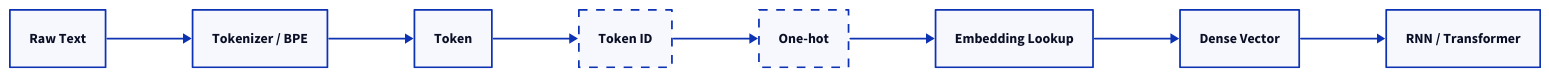
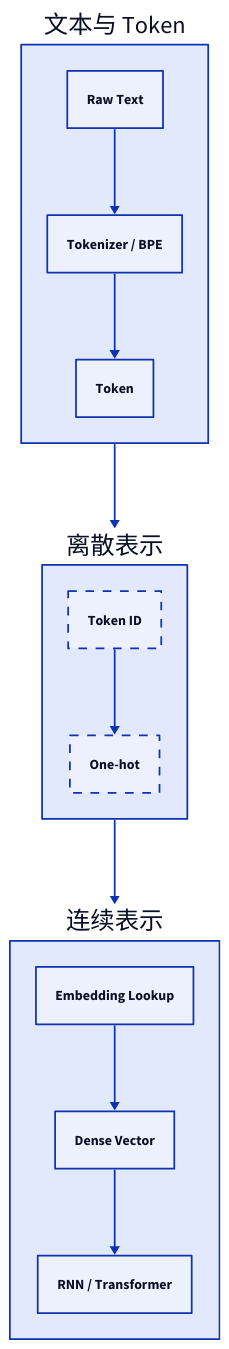
One commit to 111qqz/111qqz.github.io changed the diagram in images/bpe-to-embedding/text-to-vector-flow.d2. Above: the diagram before and after it, drawn with D2. The commit also changed 23 other files, not shown here.

Commit message:
feat(diagrams): 重构 12 张过宽配图为纵向/分阶段布局，修正 D2 作用域并按需使用 TALA 111qqz/hugo-blog@0072b7b41add818594301a5db81fbe83de0efd16

```diff
--- a/images/bpe-to-embedding/text-to-vector-flow.d2
+++ b/images/bpe-to-embedding/text-to-vector-flow.d2
@@ -1,26 +1,30 @@
-direction: right
+direction: down
 
-A: Raw Text
-B: Tokenizer / BPE
-C: Token
-D: Token ID {
-  style: {
-    stroke-dash: 5
+text_stage: 文本与 Token {
+  direction: right
+  A: Raw Text
+  B: Tokenizer / BPE
+  C: Token
+  A -> B -> C
+}
+
+discrete_stage: 离散表示 {
+  direction: right
+  D: Token ID {
+    style.stroke-dash: 5
   }
+  E: One-hot {
+    style.stroke-dash: 5
+  }
+  D -> E
 }
-E: One-hot {
-  style: {
-    stroke-dash: 5
-  }
+
+dense_stage: 连续表示 {
+  direction: right
+  F: Embedding Lookup
+  G: Dense Vector
+  H: RNN / Transformer
+  F -> G -> H
 }
-F: Embedding Lookup
-G: Dense Vector
-H: RNN / Transformer
 
-A -> B
-B -> C
-C -> D
-D -> E
-E -> F
-F -> G
-G -> H
+text_stage -> discrete_stage -> dense_stage
```
